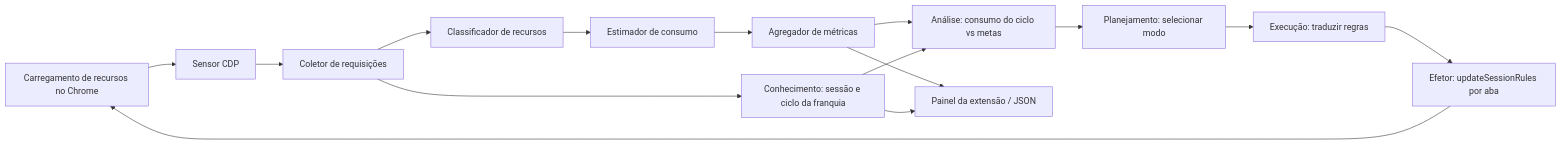
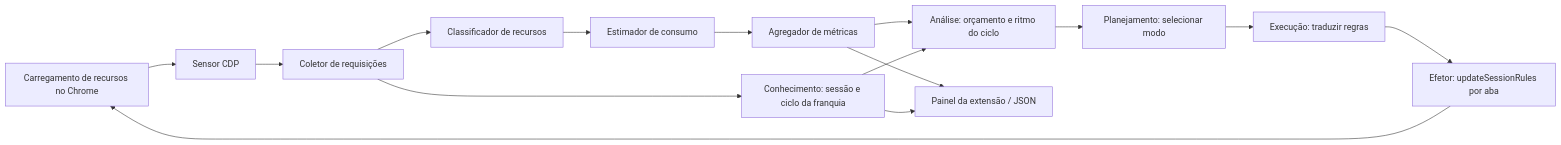
The diagram in docs/ARQUITETURA.md (CyberNicky/chrome-adaptive-monitor), drawn with Mermaid before and after one commit. The commit also changed other lines of this file and 16 other files, not shown here.

Commit message:
Adapta a navegação conforme o ritmo de consumo da franquia

````diff
--- a/docs/ARQUITETURA.md
+++ b/docs/ARQUITETURA.md
@@ -7,17 +7,17 @@
 ```mermaid
 flowchart LR
     Chrome[Carregamento de recursos no Chrome] --> Sensor[Sensor CDP]
     Sensor --> Coletor[Coletor de requisições]
     Coletor --> Classificador[Classificador de recursos]
     Classificador --> Estimador[Estimador de consumo]
     Estimador --> Agregador[Agregador de métricas]
     Coletor --> Conhecimento[Conhecimento: sessão e ciclo da franquia]
-    Agregador --> Analise[Análise: consumo do ciclo vs metas]
+    Agregador --> Analise[Análise: orçamento e ritmo do ciclo]
     Conhecimento --> Analise
     Analise --> Plano[Planejamento: selecionar modo]
     Plano --> Execucao[Execução: traduzir regras]
     Execucao --> Efetor[Efetor: updateSessionRules por aba]
     Efetor --> Chrome
     Agregador --> Painel[Painel da extensão / JSON]
     Conhecimento --> Painel
 ```
````
